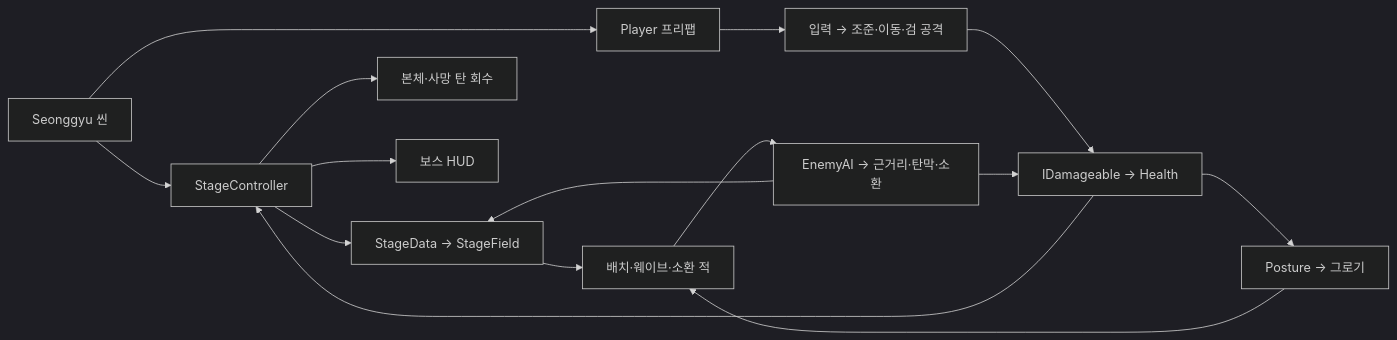
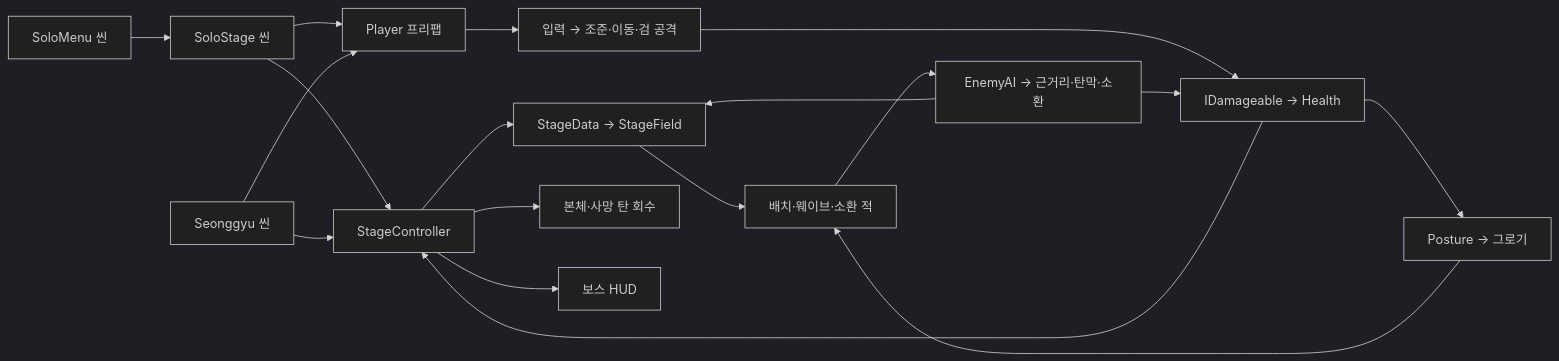
Before and after one commit to TwincleStakey/Project_Bluereaper: the diagram in docs/SYSTEM_MAP.md, drawn with Mermaid (dark theme). The commit also changed other lines of this file and 17 other files, not shown here.

Commit message:
Add playable solo game flow

````diff
--- a/docs/SYSTEM_MAP.md
+++ b/docs/SYSTEM_MAP.md
@@ -5,17 +5,20 @@
 ```mermaid
 flowchart LR
-    Scene["Seonggyu 씬"] --> Stage["StageController"]
+    Menu["SoloMenu 씬"] --> Solo["SoloStage 씬"]
+    Solo --> Stage["StageController"]
+    Solo --> Player["Player 프리팹"]
+    Scene["Seonggyu 씬"] --> Stage
     Scene --> Player["Player 프리팹"]
     Stage --> Field["StageData → StageField"]
     Field --> Enemy["배치·웨이브·소환 적"]
     Player --> Attack["입력 → 조준·이동·검 공격"]
     Enemy --> Effects["EnemyAI → 근거리·탄막·소환"]
     Effects --> Field
     Attack --> Health["IDamageable → Health"]
     Effects --> Health
     Health --> Stage
     Health --> Posture["Posture → 그로기"]
     Posture --> Enemy
     Stage --> Pool["본체·사망 탄 회수"]
     Stage --> HUD["보스 HUD"]
 ```
````
